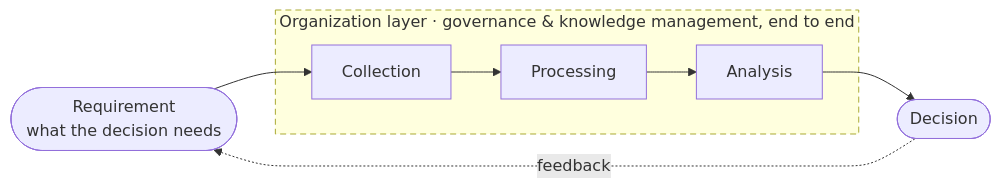
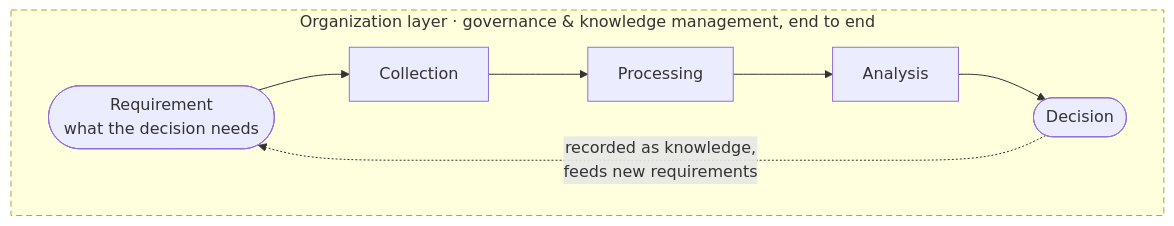
Before and after one commit to ericguadanini/ericguadanini: the diagram in README.md, drawn with Mermaid. The commit also changed other lines of this file, not shown here.

Commit message:
Extend the organization layer to requirement and decision
Governance and knowledge management now wrap the whole cycle, and
decisions are recorded as knowledge that feeds new requirements.

Claude-Session: https://claude.ai/code/session_016v4BVTup1QauwyZG2T96Ke

````diff
--- a/README.md
+++ b/README.md
@@ -17,10 +17,9 @@
 ```mermaid
 flowchart LR
-    R(["Requirement<br/>what the decision needs"]) --> C
     subgraph ORG["Organization layer · governance & knowledge management, end to end"]
-        C["Collection"] --> P["Processing"] --> A["Analysis"]
+        direction LR
+        R(["Requirement<br/>what the decision needs"]) --> C["Collection"] --> P["Processing"] --> A["Analysis"] --> D(["Decision"])
+        D -. "recorded as knowledge,<br/>feeds new requirements" .-> R
     end
-    A --> D(["Decision"])
-    D -. feedback .-> R
     style ORG stroke-dasharray: 6 4
 ```
````
